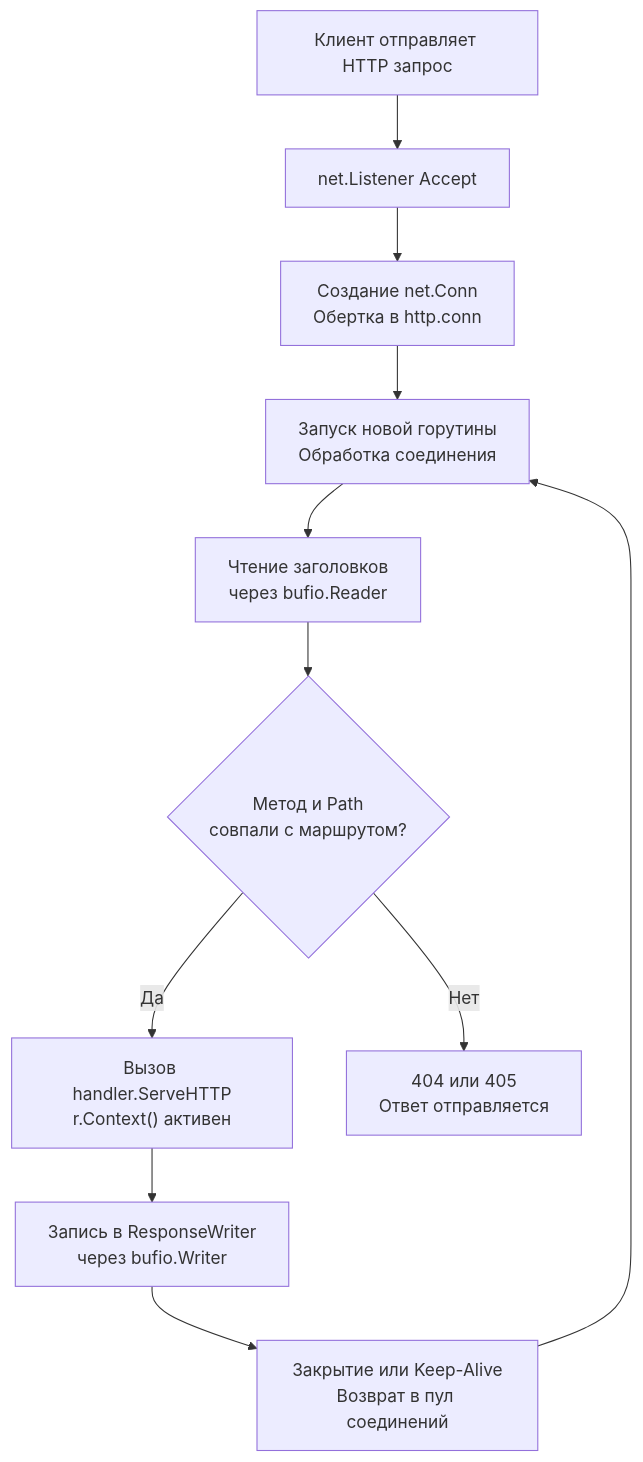
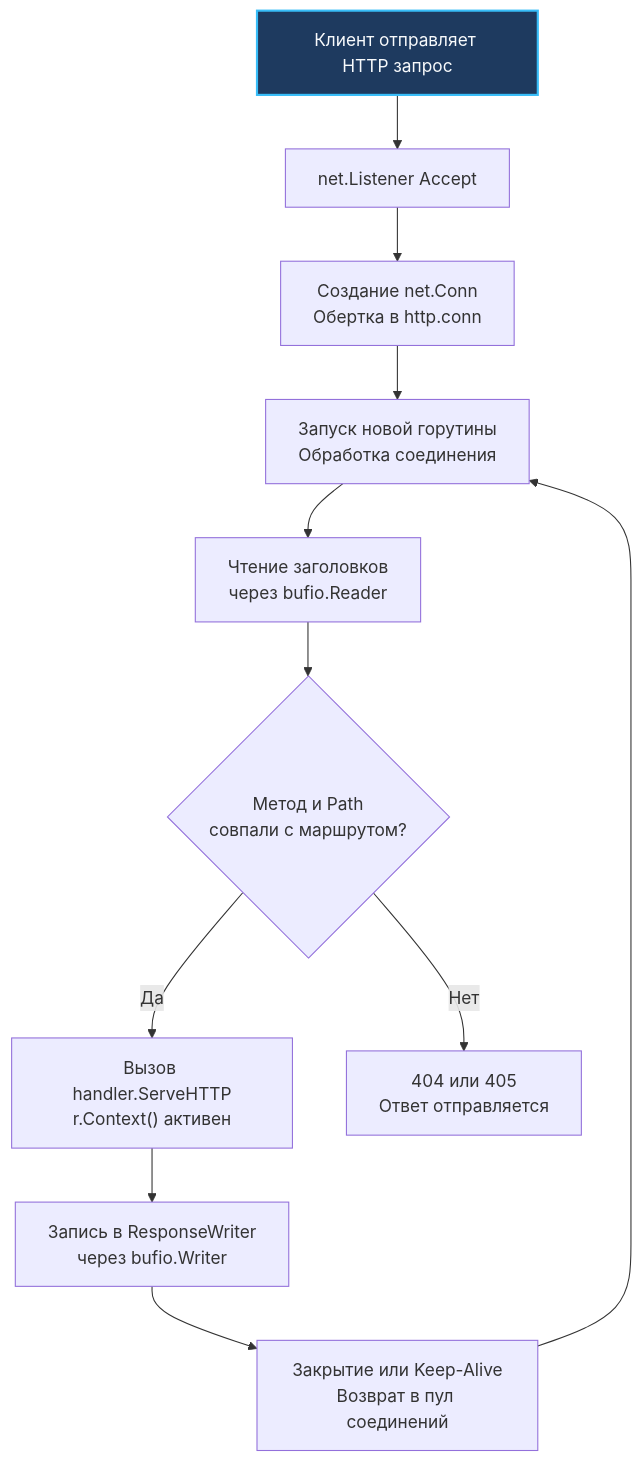
The diagram in sources/6. Стандартная библиотека Go/33. net_http. HTTP-клиент и HTTP-сервер.md (UnrealTemplier/go-textbook), drawn with Mermaid before and after one commit. The commit also changed 1666 other files, not shown here.

First line of the commit message:
feat(mermaid): add semantic color classDef to 1369 colorless flowchart/graph diagrams

````diff
--- a/sources/6. Стандартная библиотека Go/33. net_http. HTTP-клиент и HTTP-сервер.md
+++ b/sources/6. Стандартная библиотека Go/33. net_http. HTTP-клиент и HTTP-сервер.md
@@ -24,13 +24,23 @@
 ```mermaid
 flowchart TD
-    A["Клиент отправляет HTTP запрос"] --> B["net.Listener Accept"]
+    classDef process  fill:#1e293b,stroke:#38bdf8,stroke-width:1px,color:#f8fafc
+    classDef success  fill:#064e3b,stroke:#34d399,stroke-width:1px,color:#f8fafc
+    classDef error    fill:#7f1d1d,stroke:#f87171,stroke-width:1px,color:#f8fafc
+    classDef warning  fill:#78350f,stroke:#fbbf24,stroke-width:1px,color:#f8fafc
+    classDef entry    fill:#1e3a5f,stroke:#38bdf8,stroke-width:2px,color:#f8fafc
+    classDef aux      fill:#334155,stroke:#64748b,stroke-width:1px,color:#f8fafc
+    classDef system   fill:#312e81,stroke:#a78bfa,stroke-width:1px,color:#f8fafc
+    classDef data     fill:#132d29,stroke:#2dd4bf,stroke-width:1px,color:#f8fafc
+    classDef network  fill:#881337,stroke:#fb7185,stroke-width:1px,color:#f8fafc
+    classDef accent   fill:#1e1b4b,stroke:#818cf8,stroke-width:1px,color:#f8fafc
+    A["Клиент отправляет HTTP запрос"]:::entry --> B["net.Listener Accept"]
     B --> C["Создание net.Conn<br>Обертка в http.conn"]
     C --> D["Запуск новой горутины<br>Обработка соединения"]
     D --> E["Чтение заголовков<br>через bufio.Reader"]
     E --> F{"Метод и Path<br>совпали с маршрутом?"}
     F -->|Да| G["Вызов handler.ServeHTTP<br>r.Context() активен"]
     F -->|Нет| H["404 или 405<br>Ответ отправляется"]
     G --> I["Запись в ResponseWriter<br>через bufio.Writer"]
     I --> J["Закрытие или Keep-Alive<br>Возврат в пул соединений"]
     J --> D
 ```
````
